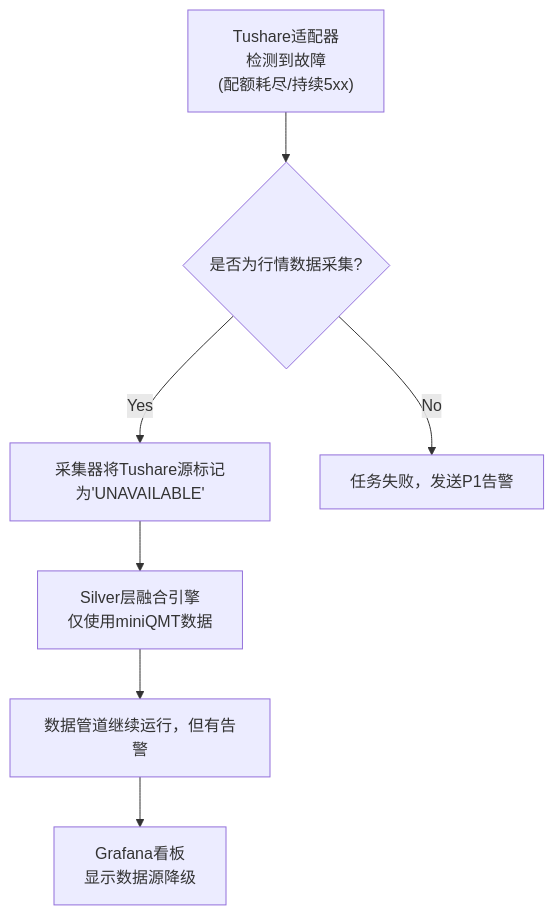
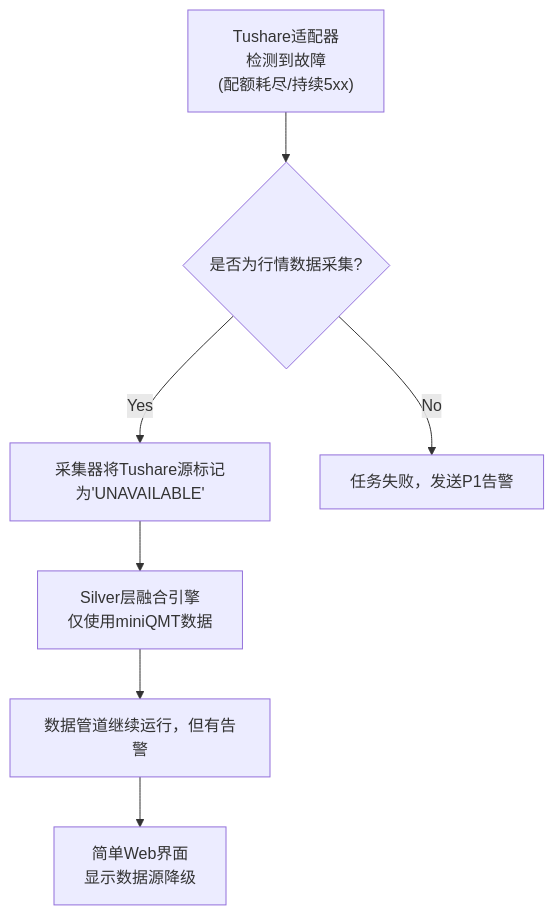
The fourth of 6 diagrams in argus-doc/tushare_pro_integration_design.md (jiaenyue/project-argus-qmt-agent), drawn with Mermaid before and after one commit. The commit also changed other lines of this file and 340 other files, not shown here.

````diff
--- a/argus-doc/tushare_pro_integration_design.md
+++ b/argus-doc/tushare_pro_integration_design.md
@@ -236,9 +259,9 @@
 ```mermaid
 graph TD
     A["Tushare适配器<br>检测到故障<br>(配额耗尽/持续5xx)"] --> B{是否为行情数据采集?}
     B -- Yes --> C[采集器将Tushare源标记为'UNAVAILABLE']
     B -- No --> D[任务失败，发送P1告警]
     C --> E["Silver层融合引擎<br>仅使用miniQMT数据"]
     E --> F[数据管道继续运行，但有告警]
-    F --> G["Grafana看板<br>显示数据源降级"]
+    F --> G["简单Web界面<br>显示数据源降级"]
 ```
````
